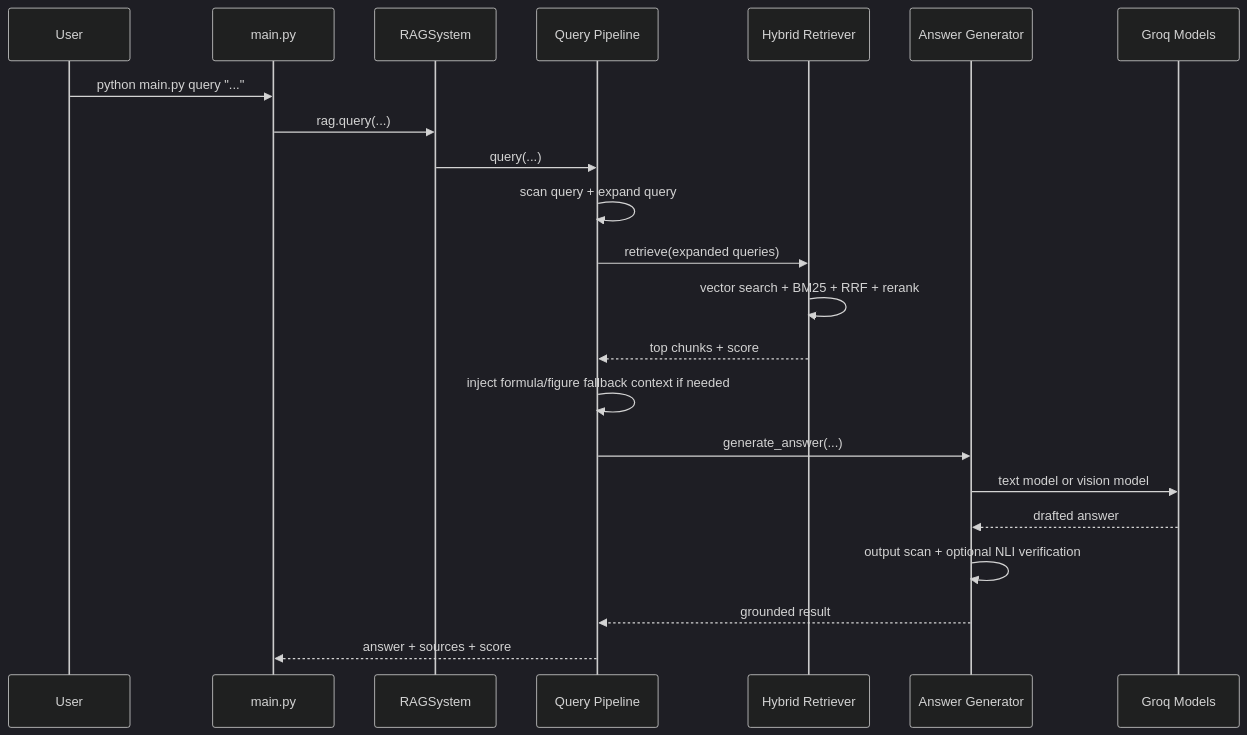
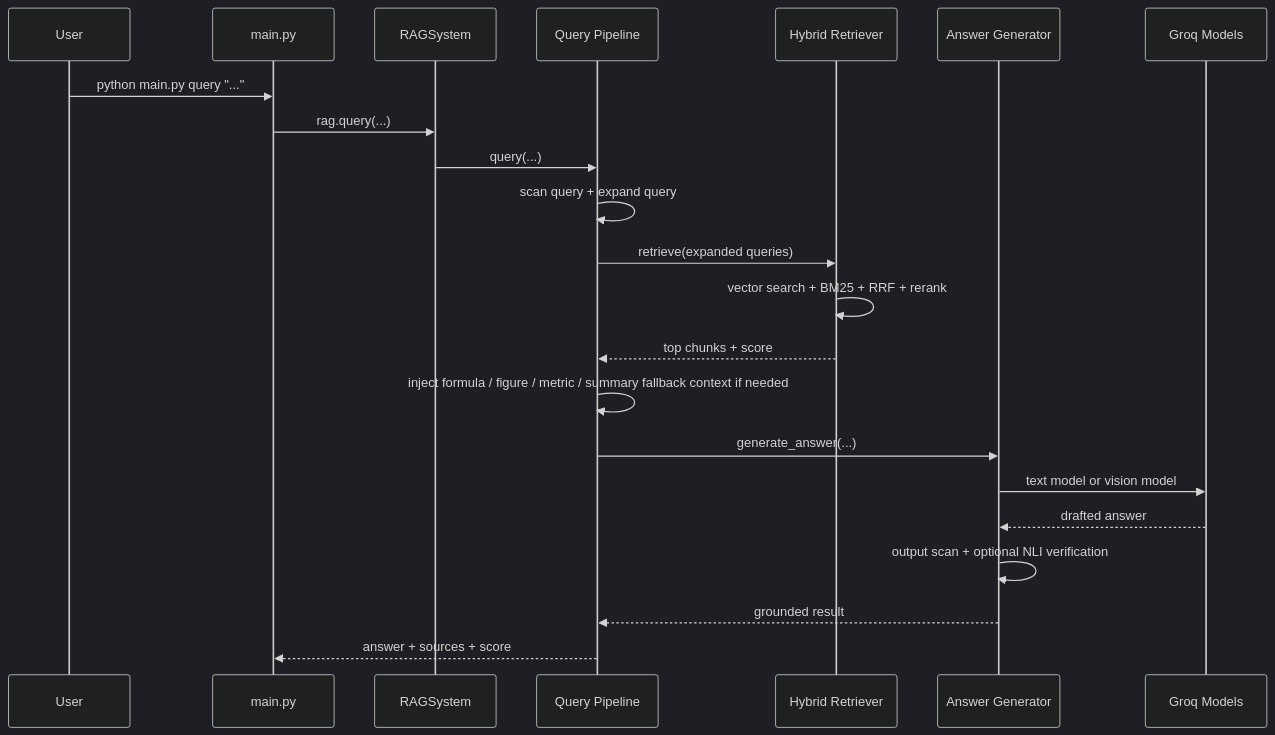
The third of 4 diagrams in README.md (paulriddhiman793/RAG_A), drawn with Mermaid (dark theme) before and after one commit. The commit also changed other lines of this file and 9 other files, not shown here.

````diff
--- a/README.md
+++ b/README.md
@@ -66,25 +136,25 @@
 ```mermaid
 sequenceDiagram
     participant User
     participant CLI as main.py
     participant RAG as RAGSystem
     participant QP as Query Pipeline
     participant RET as Hybrid Retriever
     participant GEN as Answer Generator
     participant GROQ as Groq Models
 
     User->>CLI: python main.py query "..."
     CLI->>RAG: rag.query(...)
     RAG->>QP: query(...)
     QP->>QP: scan query + expand query
     QP->>RET: retrieve(expanded queries)
     RET->>RET: vector search + BM25 + RRF + rerank
     RET-->>QP: top chunks + score
-    QP->>QP: inject formula/figure fallback context if needed
+    QP->>QP: inject formula / figure / metric / summary fallback context if needed
     QP->>GEN: generate_answer(...)
     GEN->>GROQ: text model or vision model
     GROQ-->>GEN: drafted answer
     GEN->>GEN: output scan + optional NLI verification
     GEN-->>QP: grounded result
     QP-->>CLI: answer + sources + score
 ```
````
